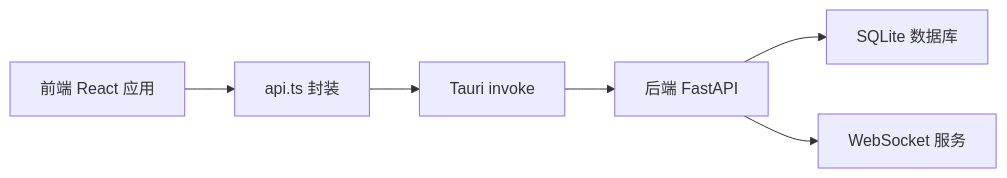
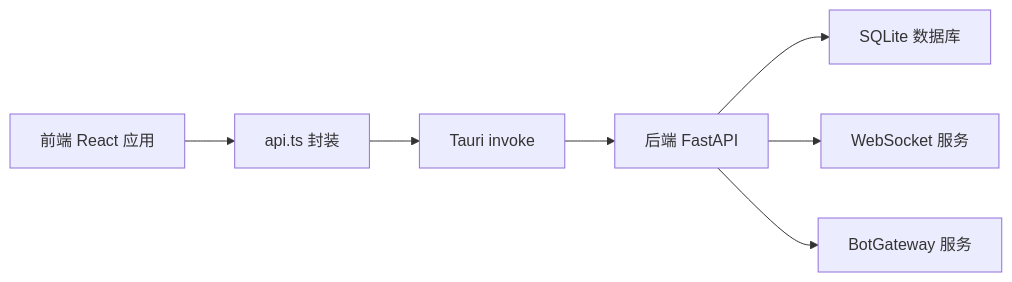
Before and after one commit to targalian/Personal-distributed-workstation: the seventh of 14 diagrams in .qoder/repowiki/zh/content/架构设计/架构设计.md, drawn with Mermaid. The commit also changed other lines of this file and 85 other files, not shown here.

````diff
--- a/.qoder/repowiki/zh/content/架构设计/架构设计.md
+++ b/.qoder/repowiki/zh/content/架构设计/架构设计.md
@@ -487,8 +524,9 @@
 ```mermaid
 graph LR
 FE["前端 React 应用"] --> API_TS["api.ts 封装"]
 API_TS --> TAURI["Tauri invoke"]
 TAURI --> BACK["后端 FastAPI"]
 BACK --> DB["SQLite 数据库"]
 BACK --> WS["WebSocket 服务"]
+BACK --> BOT["BotGateway 服务"]
 ```
````
